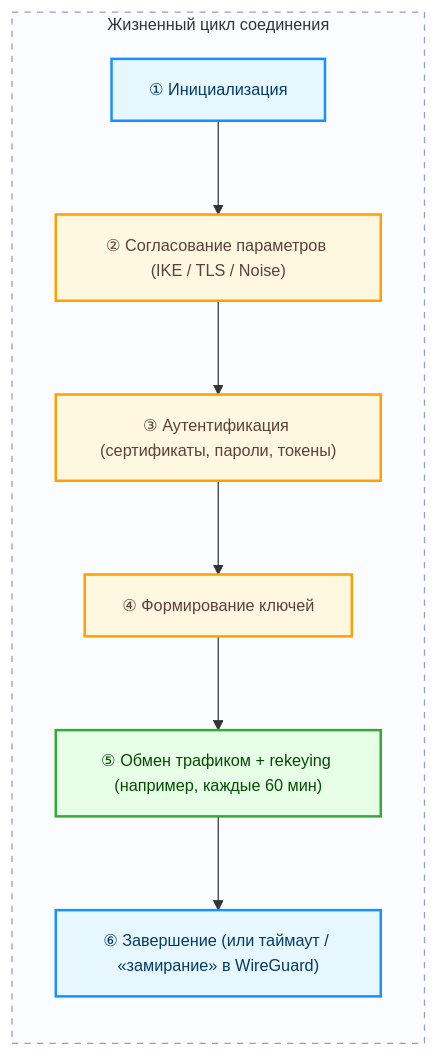
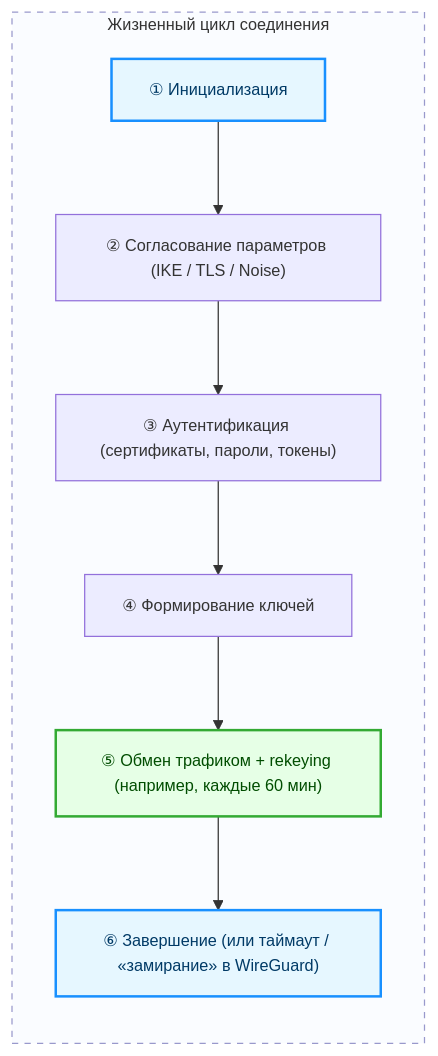
Before and after one commit to Spirzen/it-knowledge-base: the third of 3 diagrams in docs/encyclopedia/2-system-network/2-03-set-i-internet/613.md, drawn with Mermaid. The commit also changed other lines of this file and 1482 other files, not shown here.

````diff
--- a/docs/encyclopedia/2-system-network/2-03-set-i-internet/613.md
+++ b/docs/encyclopedia/2-system-network/2-03-set-i-internet/613.md
@@ -154,30 +161,30 @@
 ```mermaid
 %%{init: {
   "theme": "default",
   "themeVariables": {
     "fontSize": "13px",
     "fontFamily": "Segoe UI, Tahoma, sans-serif"
   }
 }}%%
 
 flowchart LR
     classDef phase fill:#e6f7ff,stroke:#1890ff,stroke-width:2px,color:#003a66;
-    classDef Безопасность fill:#fff8e1,stroke:#FFA000,stroke-width:2px,color:#5D4037;
+    classDef security fill:#fff8e1,stroke:#FFA000,stroke-width:2px,color:#5D4037;
     classDef Данные fill:#e6ffe6,stroke:#33aa33,stroke-width:2px,color:#004d00;
     classDef note fill:#f0f0f0,stroke:#666666,font-style:italic;
 
     P1["① Инициализация"]:::phase
     P2["② Согласование параметров (IKE / TLS / Noise)"]:::Безопасность
     P3["③ Аутентификация (сертификаты, пароли, токены)"]:::Безопасность
     P4["④ Формирование ключей"]:::Безопасность
     P5["⑤ Обмен трафиком + rekeying (например, каждые 60 мин)"]:::Данные
     P6["⑥ Завершение (или таймаут / «замирание» в WireGuard)"]:::phase
 
     P1 --> P2 --> P3 --> P4 --> P5 --> P6
 
     subgraph lifecycle ["Жизненный цикл соединения"]
         P1; P2; P3; P4; P5; P6
     end
 
     style lifecycle fill:#fafcff,stroke:#9999cc,stroke-dasharray: 5 5
 ```
````
